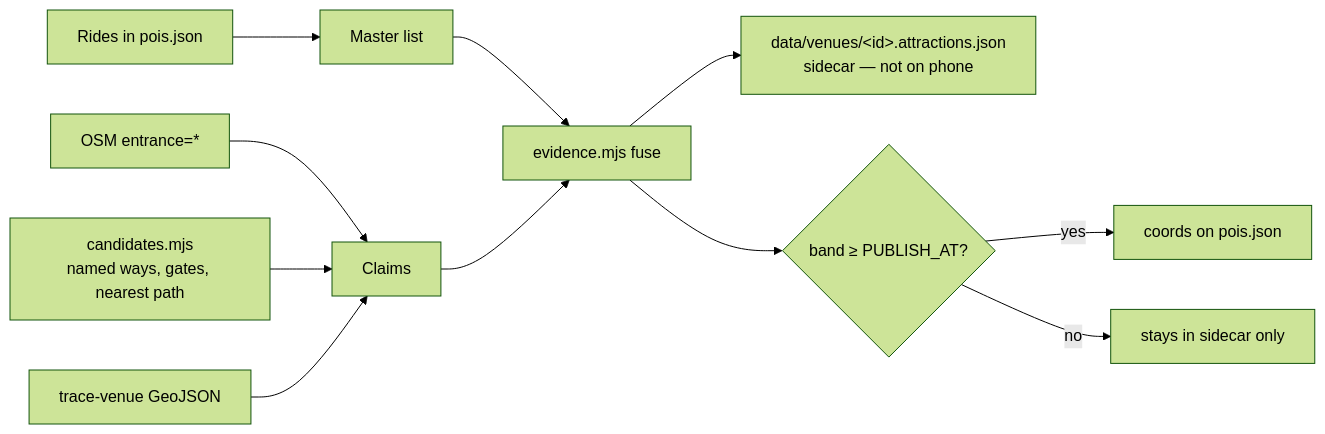
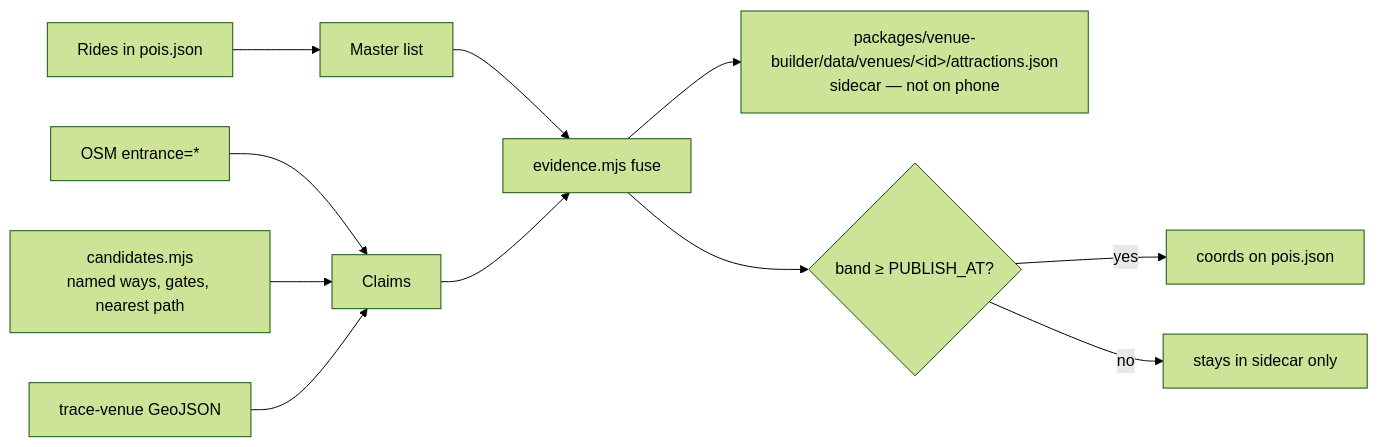
Before and after one commit to parthalon025/six-flags-sa: the sixth of 8 diagrams in docs/architecture-map.md, drawn with Mermaid (forest theme). The commit also changed other lines of this file and 13 other files, not shown here.

````diff
--- a/docs/architecture-map.md
+++ b/docs/architecture-map.md
@@ -260,13 +262,13 @@
 ```mermaid
 flowchart LR
   R["Rides in pois.json"] --> M["Master list"]
   OSM["OSM entrance=*"] --> CL["Claims"]
   CAND["candidates.mjs<br/>named ways, gates, nearest path"] --> CL
   TRACE["trace-venue GeoJSON"] --> CL
   M --> FUSE["evidence.mjs fuse"]
   CL --> FUSE
-  FUSE --> SIDE["data/venues/&lt;id&gt;.attractions.json<br/>sidecar — not on phone"]
+  FUSE --> SIDE["packages/venue-builder/data/venues/&lt;id&gt;/attractions.json<br/>sidecar — not on phone"]
   FUSE --> BAND{"band ≥ PUBLISH_AT?"}
   BAND -->|yes| OUT["coords on pois.json"]
   BAND -->|no| HOLD["stays in sidecar only"]
 ```
````
